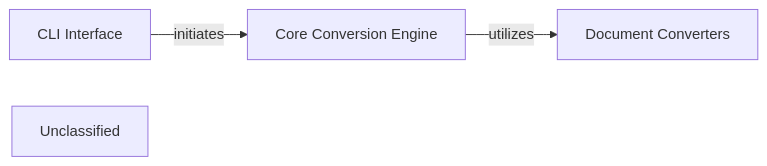
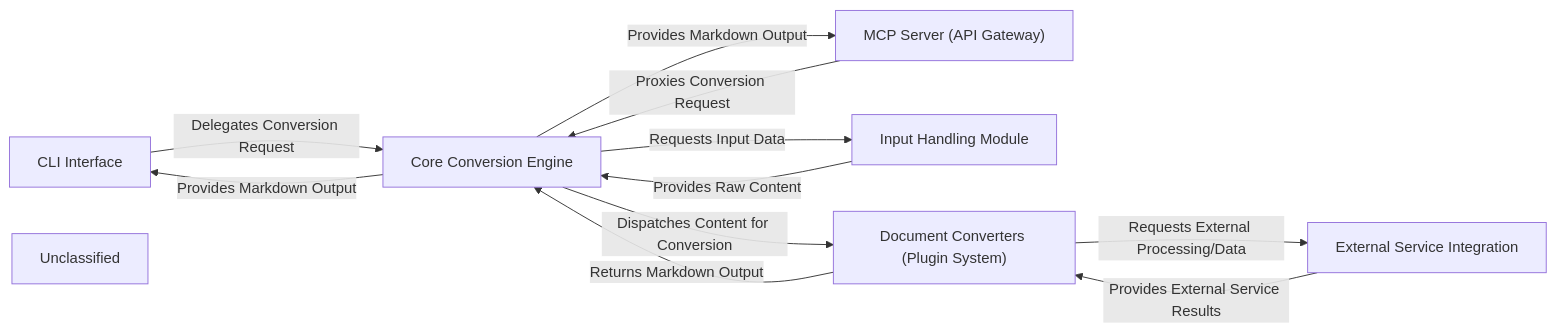
Before and after one commit to CodeBoarding/GeneratedOnBoardings: the diagram in markitdown/on_boarding.md, drawn with Mermaid. The commit also changed other lines of this file, not shown here.

````diff
--- a/markitdown/on_boarding.md
+++ b/markitdown/on_boarding.md
@@ -1,9 +1,20 @@
 ```mermaid
 graph LR
     CLI_Interface["CLI Interface"]
+    MCP_Server_API_Gateway_["MCP Server (API Gateway)"]
     Core_Conversion_Engine["Core Conversion Engine"]
-    Document_Converters["Document Converters"]
+    Input_Handling_Module["Input Handling Module"]
+    Document_Converters_Plugin_System_["Document Converters (Plugin System)"]
+    External_Service_Integration["External Service Integration"]
     Unclassified["Unclassified"]
-    CLI_Interface -- "initiates" --> Core_Conversion_Engine
-    Core_Conversion_Engine -- "utilizes" --> Document_Converters
+    CLI_Interface -- "Delegates Conversion Request" --> Core_Conversion_Engine
+    MCP_Server_API_Gateway_ -- "Proxies Conversion Request" --> Core_Conversion_Engine
+    Core_Conversion_Engine -- "Requests Input Data" --> Input_Handling_Module
+    Input_Handling_Module -- "Provides Raw Content" --> Core_Conversion_Engine
+    Core_Conversion_Engine -- "Dispatches Content for Conversion" --> Document_Converters_Plugin_System_
+    Document_Converters_Plugin_System_ -- "Returns Markdown Output" --> Core_Conversion_Engine
+    Document_Converters_Plugin_System_ -- "Requests External Processing/Data" --> External_Service_Integration
+    External_Service_Integration -- "Provides External Service Results" --> Document_Converters_Plugin_System_
+    Core_Conversion_Engine -- "Provides Markdown Output" --> CLI_Interface
+    Core_Conversion_Engine -- "Provides Markdown Output" --> MCP_Server_API_Gateway_
 ```
````
